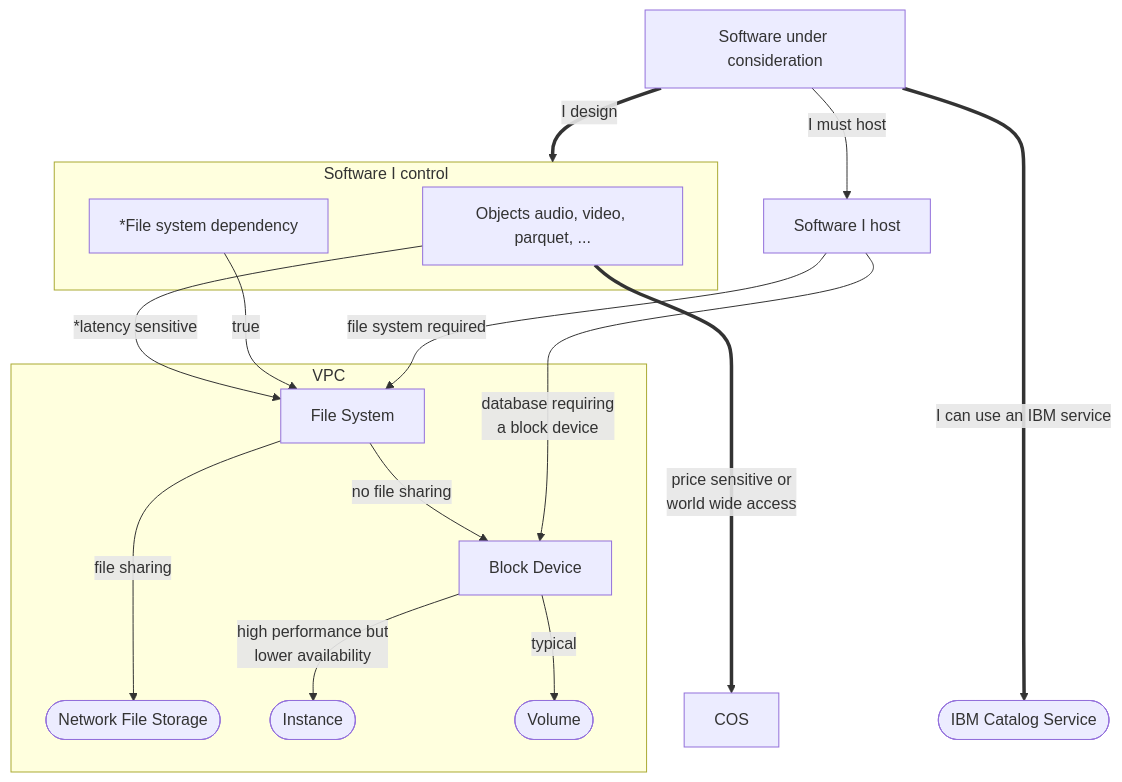
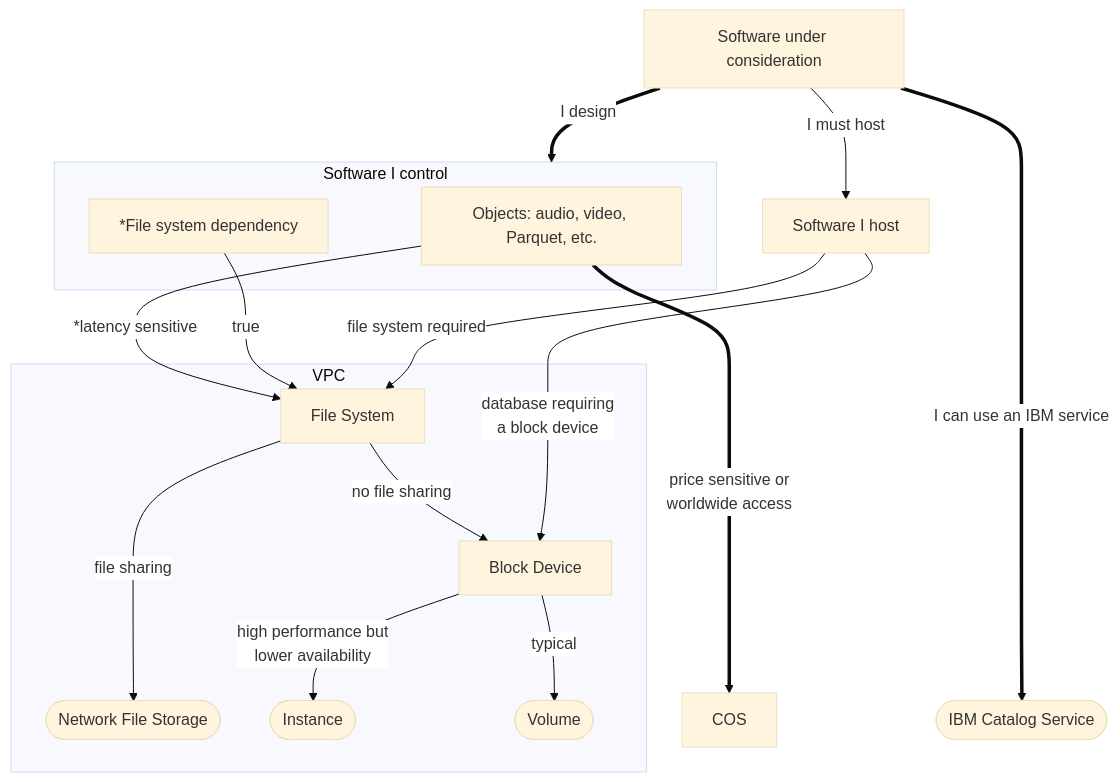
The diagram in README.md (powellquiring/ibm-storage), drawn with Mermaid before and after one commit. The commit also changed 7 other files, not shown here.

````diff
--- a/README.md
+++ b/README.md
@@ -4,23 +4,26 @@
 ```mermaid
+%%{init: {'theme': 'base', 'themeVariables': {
+  'secondaryColor': 'white'
+  }}}%%
 flowchart TD;
     Code[Software under consideration]
     Code--I must host-->ThirdParty[Software I host];
     ThirdParty--file system required-->FileSystem
     ThirdParty--database requiring<br> a block device-->BlockDevice
     FileSystem--file sharing--->NetworkFileStorage
     Code==I design==>MYCODE
     subgraph MYCODE[Software I control]
-      ObjectLike["Objects audio, video, parquet, ..."];
+      ObjectLike["Objects: audio, video, Parquet, etc."]
       FS[*File system dependency];
     end
     FS--true-->FileSystem[File System];
     subgraph "VPC "
       FileSystem--no file sharing-->BlockDevice[Block Device];
       BlockDevice--high performance but <br> lower availability-->Instance([Instance]);
       BlockDevice--typical-->Volume([Volume]);
       NetworkFileStorage([Network File Storage]);
     end
-    ObjectLike==price sensitive or <br> world wide access====>COS;
+    ObjectLike==price sensitive or <br> worldwide access====>COS;
     ObjectLike--*latency sensitive-->FileSystem;
     Code==I can use an IBM service=====>IBMManagedService([IBM Catalog Service]);
 ```
````
